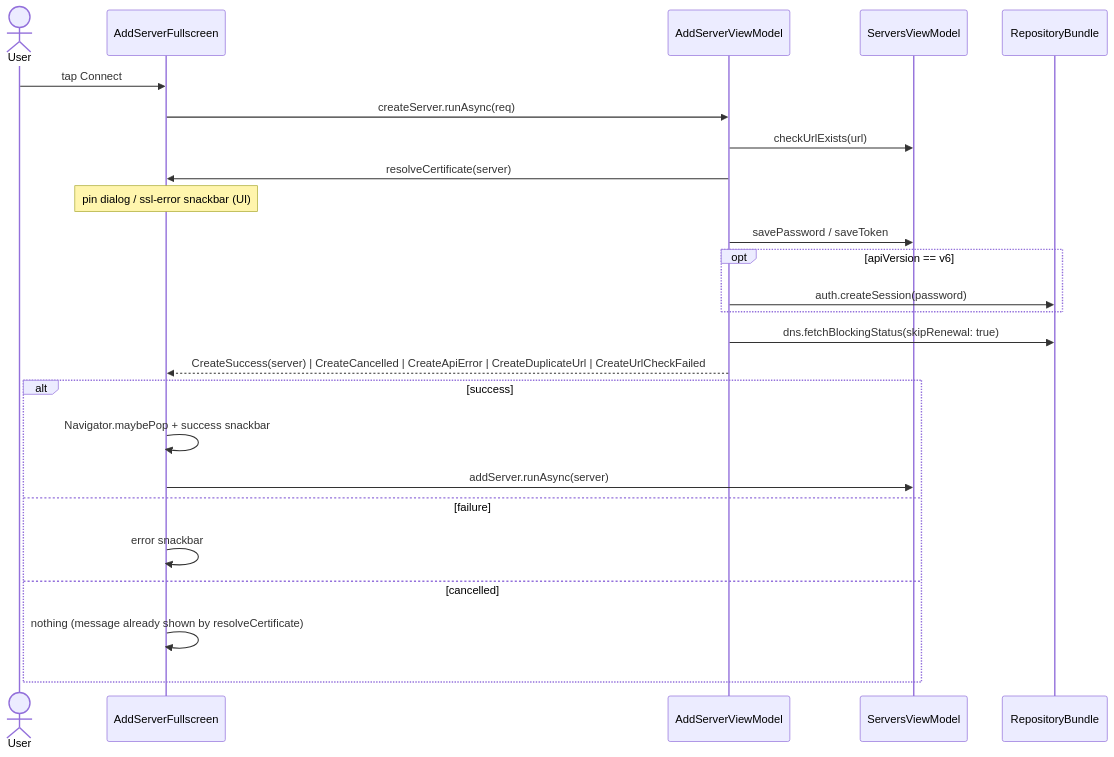
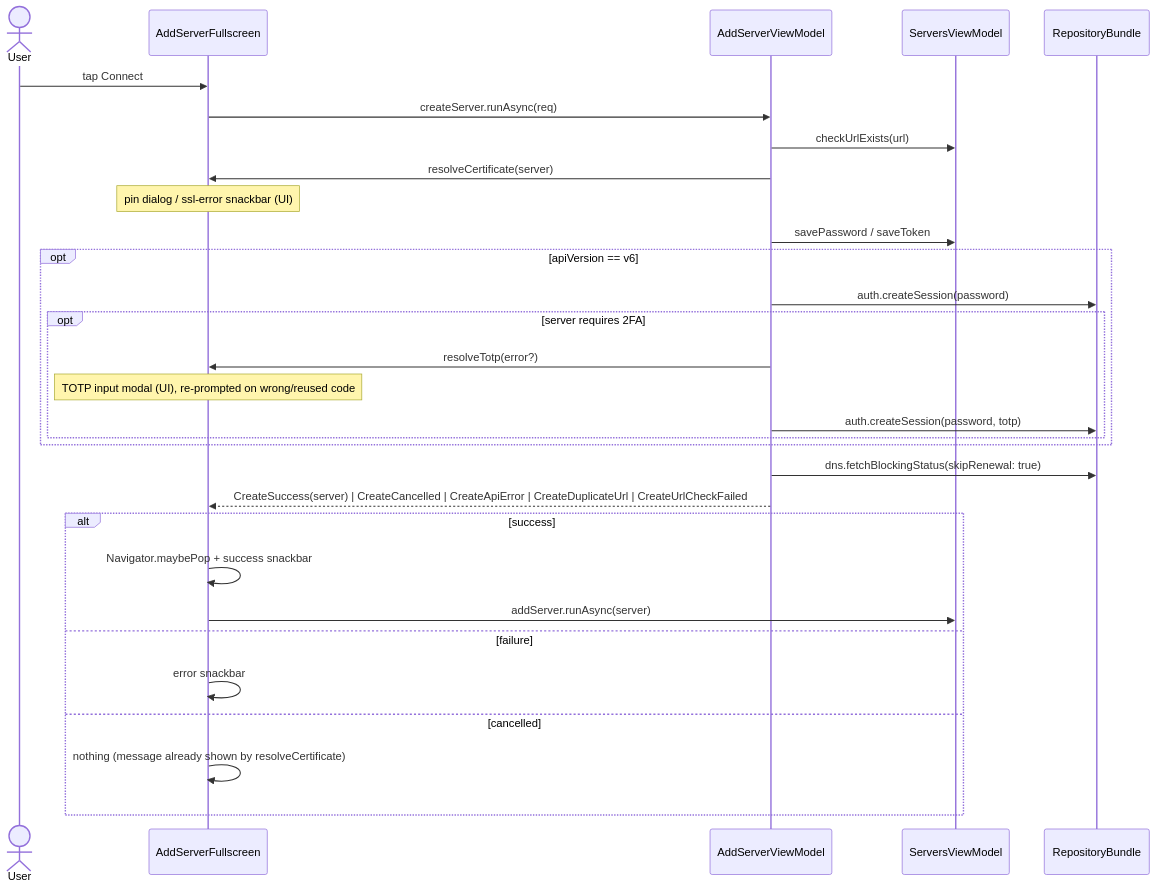
The sixth of 7 diagrams in docs/server-connection-flow.md (tsutsu3/pi-hole-client), drawn with Mermaid before and after one commit. The commit also changed other lines of this file and 57 other files, not shown here.

````diff
--- a/docs/server-connection-flow.md
+++ b/docs/server-connection-flow.md
@@ -114,28 +149,33 @@
 ```mermaid
 sequenceDiagram
   actor U as User
   participant W as AddServerFullscreen
   participant VM as AddServerViewModel
   participant SV as ServersViewModel
   participant B as RepositoryBundle
 
   U->>W: tap Connect
   W->>VM: createServer.runAsync(req)
   VM->>SV: checkUrlExists(url)
   VM->>W: resolveCertificate(server)
   Note over W: pin dialog / ssl-error snackbar (UI)
   VM->>SV: savePassword / saveToken
   opt apiVersion == v6
     VM->>B: auth.createSession(password)
+    opt server requires 2FA
+      VM->>W: resolveTotp(error?)
+      Note over W: TOTP input modal (UI), re-prompted on wrong/reused code
+      VM->>B: auth.createSession(password, totp)
+    end
   end
   VM->>B: dns.fetchBlockingStatus(skipRenewal: true)
   VM-->>W: CreateSuccess(server) | CreateCancelled | CreateApiError | CreateDuplicateUrl | CreateUrlCheckFailed
   alt success
     W->>W: Navigator.maybePop + success snackbar
     W->>SV: addServer.runAsync(server)
   else failure
     W->>W: error snackbar
   else cancelled
     W->>W: nothing (message already shown by resolveCertificate)
   end
 ```
````
